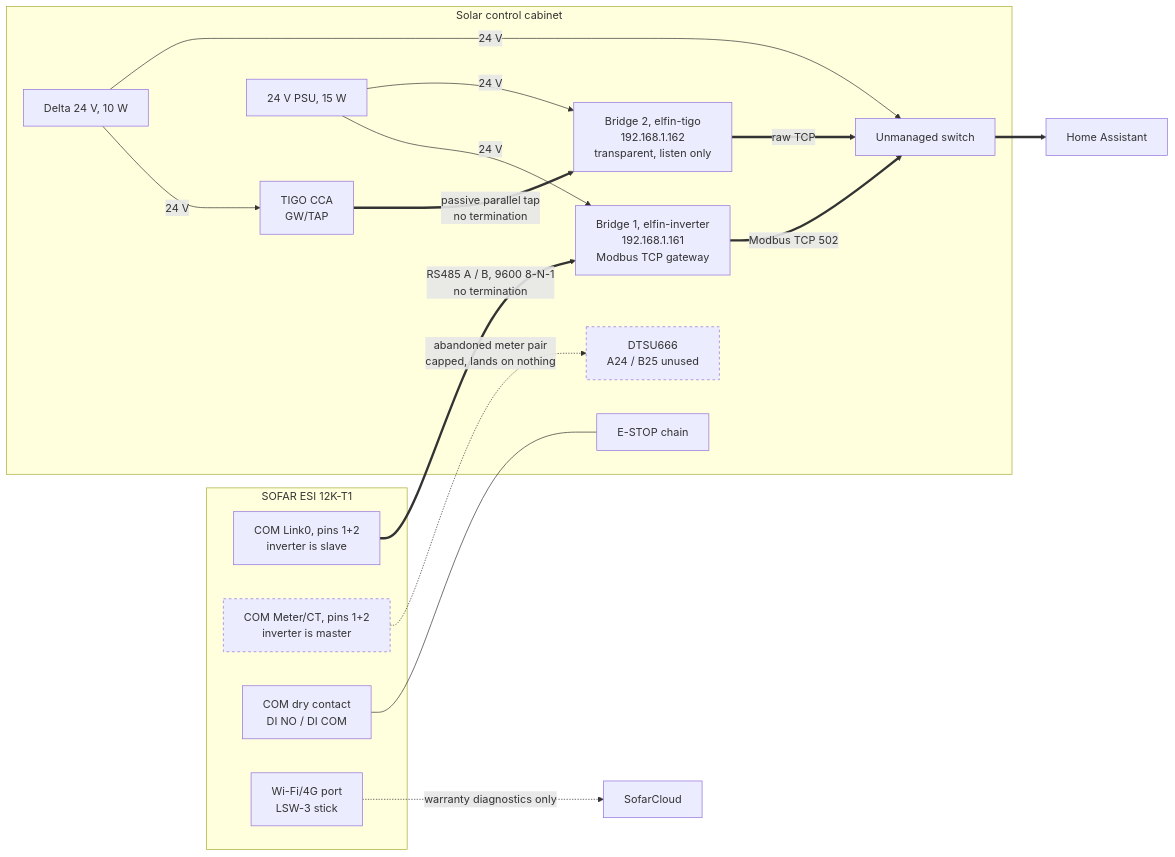
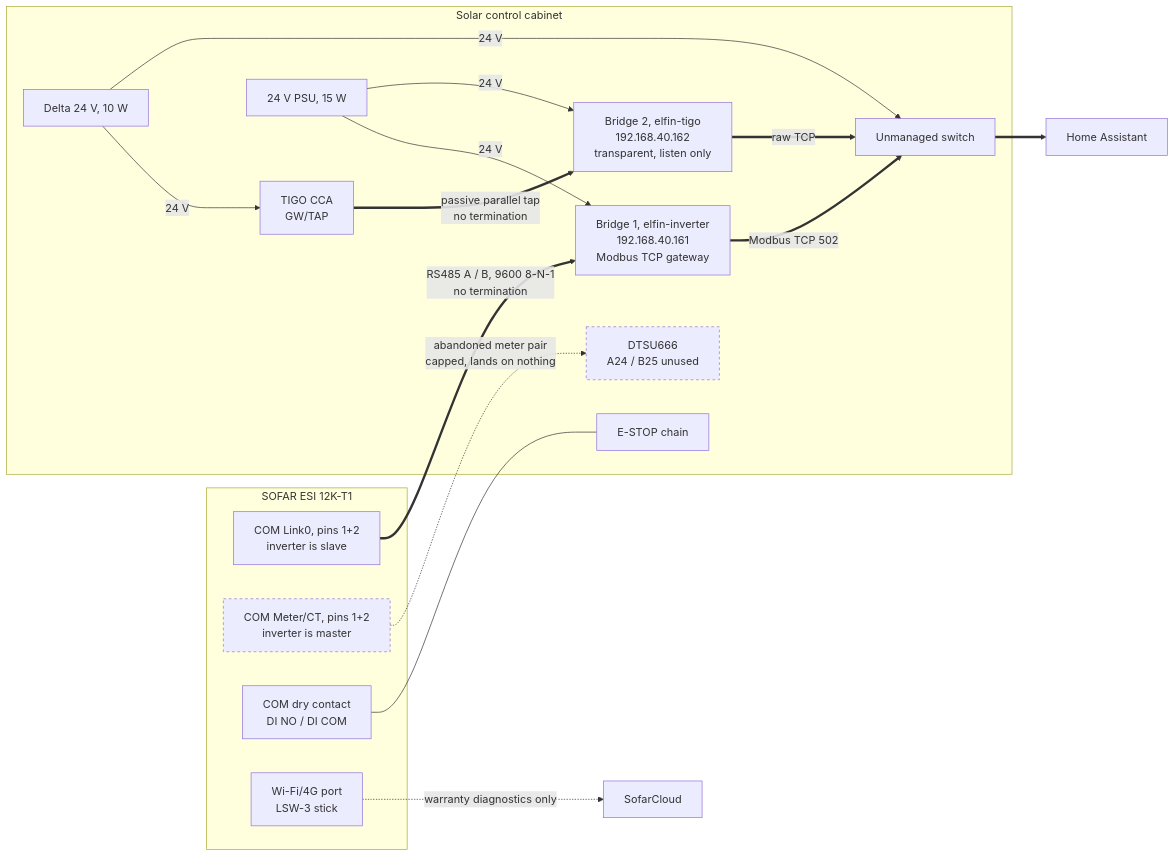
Before and after one commit to LukaPrebil/home-network: the diagram in docs/hardware/sofar-inverter-ha-integration.md, drawn with Mermaid. The commit also changed other lines of this file and 2 other files, not shown here.

Commit message:
docs(network): record the Elfin EE11A bridges on IoT VLAN 40 (#51)
- Inverter bridge now 192.168.40.161 (Modbus 502), TIGO tap bridge 192.168.40.162 (port 7160)
- CSS326 port 15 carries VLAN 40 with PVID 40; the VLAN 40 DHCP pool is .200-.254
- Wi-Fi EW11 and the SOFAR logger stick stay on old addresses until an IoT SSID exists

````diff
--- a/docs/hardware/sofar-inverter-ha-integration.md
+++ b/docs/hardware/sofar-inverter-ha-integration.md
@@ -74,41 +74,41 @@
 ```mermaid
 flowchart LR
     subgraph INV["SOFAR ESI 12K-T1"]
         LINK0["COM Link0, pins 1+2<br/>inverter is slave"]
         METER["COM Meter/CT, pins 1+2<br/>inverter is master"]
         DRY["COM dry contact<br/>DI NO / DI COM"]
         DONGLE["Wi-Fi/4G port<br/>LSW-3 stick"]
     end
 
     subgraph CAB["Solar control cabinet"]
-        EE1["Bridge 1, elfin-inverter<br/>192.168.1.161<br/>Modbus TCP gateway"]
-        EE2["Bridge 2, elfin-tigo<br/>192.168.1.162<br/>transparent, listen only"]
+        EE1["Bridge 1, elfin-inverter<br/>192.168.40.161<br/>Modbus TCP gateway"]
+        EE2["Bridge 2, elfin-tigo<br/>192.168.40.162<br/>transparent, listen only"]
         CCA["TIGO CCA<br/>GW/TAP"]
         DTSU["DTSU666<br/>A24 / B25 unused"]
         PSU2["24 V PSU, 15 W"]
         PSU1["Delta 24 V, 10 W"]
         SW["Unmanaged switch"]
         ES["E-STOP chain"]
     end
 
     HA["Home Assistant"]
     CLOUD["SofarCloud"]
 
     LINK0 == "RS485 A / B, 9600 8-N-1<br/>no termination" ==> EE1
     METER -. "abandoned meter pair<br/>capped, lands on nothing" .-> DTSU
     DRY --- ES
     CCA == "passive parallel tap<br/>no termination" ==> EE2
     DONGLE -. "warranty diagnostics only" .-> CLOUD
 
     PSU2 -- "24 V" --> EE1
     PSU2 -- "24 V" --> EE2
     PSU1 -- "24 V" --> CCA
     PSU1 -- "24 V" --> SW
 
     EE1 == "Modbus TCP 502" ==> SW
     EE2 == "raw TCP" ==> SW
     SW ==> HA
 
     classDef dead stroke-dasharray: 4 4
     class METER,DTSU dead
 ```
````
